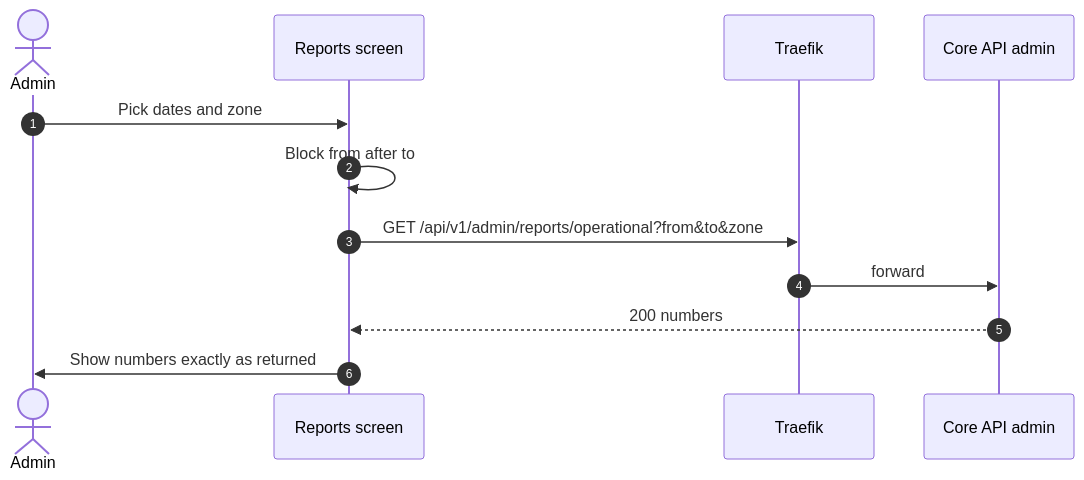
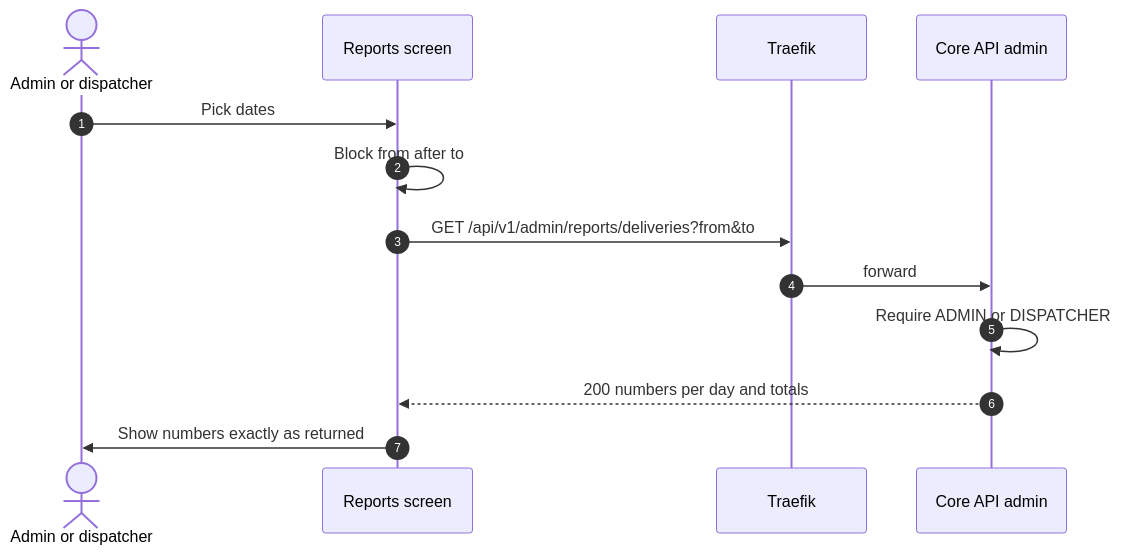
Diagram 27 of 55 in docs/drafts/member-07-dispatcher-admin-web-gateway/doc-02-functional-flows-and-business-rules.md (phantomTroupeEAD/SwiftDrop), drawn with Mermaid before and after one commit. The commit also changed other lines of this file and 125 other files, not shown here.

````diff
--- a/docs/drafts/member-07-dispatcher-admin-web-gateway/doc-02-functional-flows-and-business-rules.md
+++ b/docs/drafts/member-07-dispatcher-admin-web-gateway/doc-02-functional-flows-and-business-rules.md
@@ -881,14 +884,15 @@
 ```mermaid
 sequenceDiagram
     autonumber
-    actor A as Admin
+    actor A as Admin or dispatcher
     participant UI as Reports screen
     participant GW as Traefik
     participant ADM as Core API admin
-    A->>UI: Pick dates and zone
+    A->>UI: Pick dates
     UI->>UI: Block from after to
-    UI->>GW: GET /api/v1/admin/reports/operational?from&to&zone
+    UI->>GW: GET /api/v1/admin/reports/deliveries?from&to
     GW->>ADM: forward
-    ADM-->>UI: 200 numbers
+    ADM->>ADM: Require ADMIN or DISPATCHER
+    ADM-->>UI: 200 numbers per day and totals
     UI->>A: Show numbers exactly as returned
 ```
````
